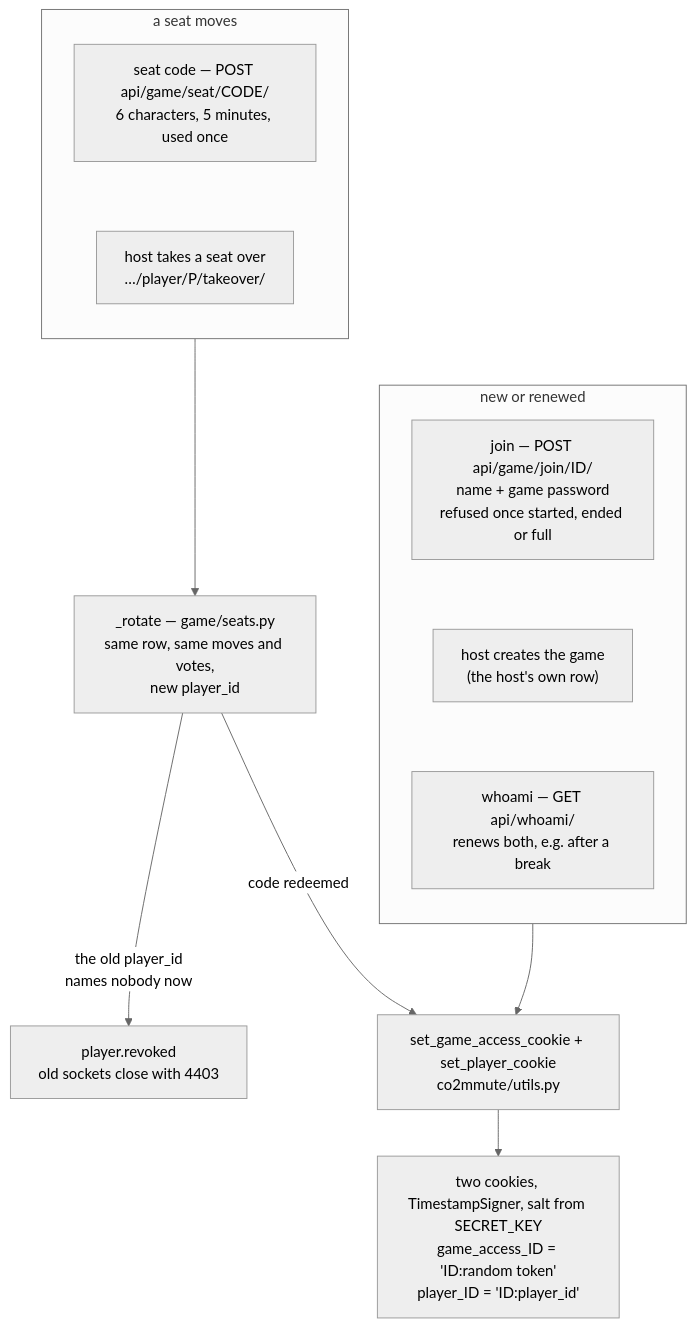
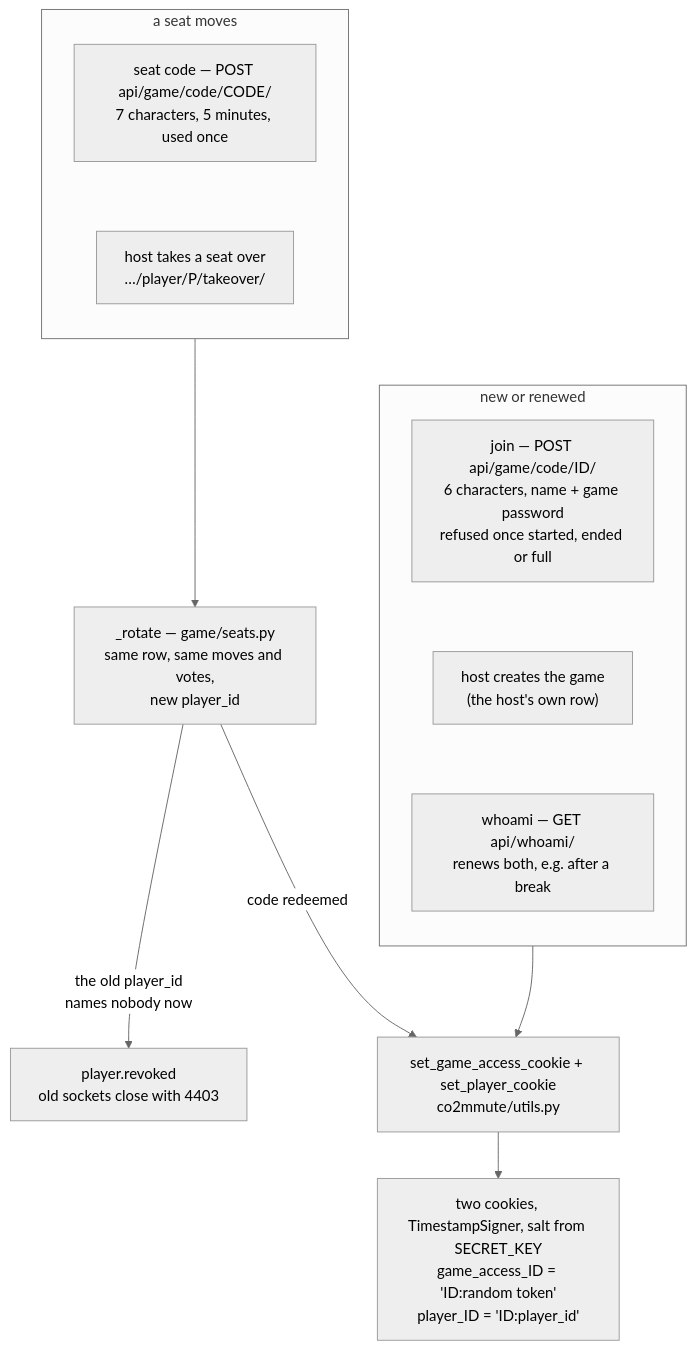
One commit to luke-hirsch/co2mmute changed the third of 12 diagrams in docs/en-flowcharts.md. Above: the diagram before and after it, drawn with Mermaid (neutral theme). The commit also changed other lines of this file and 31 other files, not shown here.

Commit message:
ein weg im frontend: /app/join/<code> für spiel-id und platz-code, /app/seat und die zweite eingabe weg; docs, testfälle, e2e

````diff
--- a/docs/en-flowcharts.md
+++ b/docs/en-flowcharts.md
@@ -107,25 +107,25 @@
 ```mermaid
 flowchart TD
     subgraph move["a seat moves"]
         direction TB
-        code["seat code — POST api/game/seat/CODE/<br>6 characters, 5 minutes, used once"]
+        code["seat code — POST api/game/code/CODE/<br>7 characters, 5 minutes, used once"]
         takeover["host takes a seat over<br>…/player/P/takeover/"]
         code ~~~ takeover
     end
     subgraph fresh["new or renewed"]
         direction TB
-        join["join — POST api/game/join/ID/<br>name + game password<br>refused once started, ended or full"]
+        join["join — POST api/game/code/ID/<br>6 characters, name + game password<br>refused once started, ended or full"]
         create["host creates the game<br>(the host's own row)"]
         whoami["whoami — GET api/whoami/<br>renews both, e.g. after a break"]
         join ~~~ create ~~~ whoami
     end
 
     move --> rotate
     rotate["_rotate — game/seats.py<br>same row, same moves and votes,<br>new player_id"]
     rotate -->|"the old player_id<br>names nobody now"| revoked["player.revoked<br>old sockets close with 4403"]
     rotate -->|"code redeemed"| mint
     fresh --> mint
 
     mint["set_game_access_cookie + set_player_cookie<br>co2mmute/utils.py"]
     mint --> cookies["two cookies, TimestampSigner, salt from SECRET_KEY<br>game_access_ID = 'ID:random token'<br>player_ID = 'ID:player_id'"]
 ```
````
